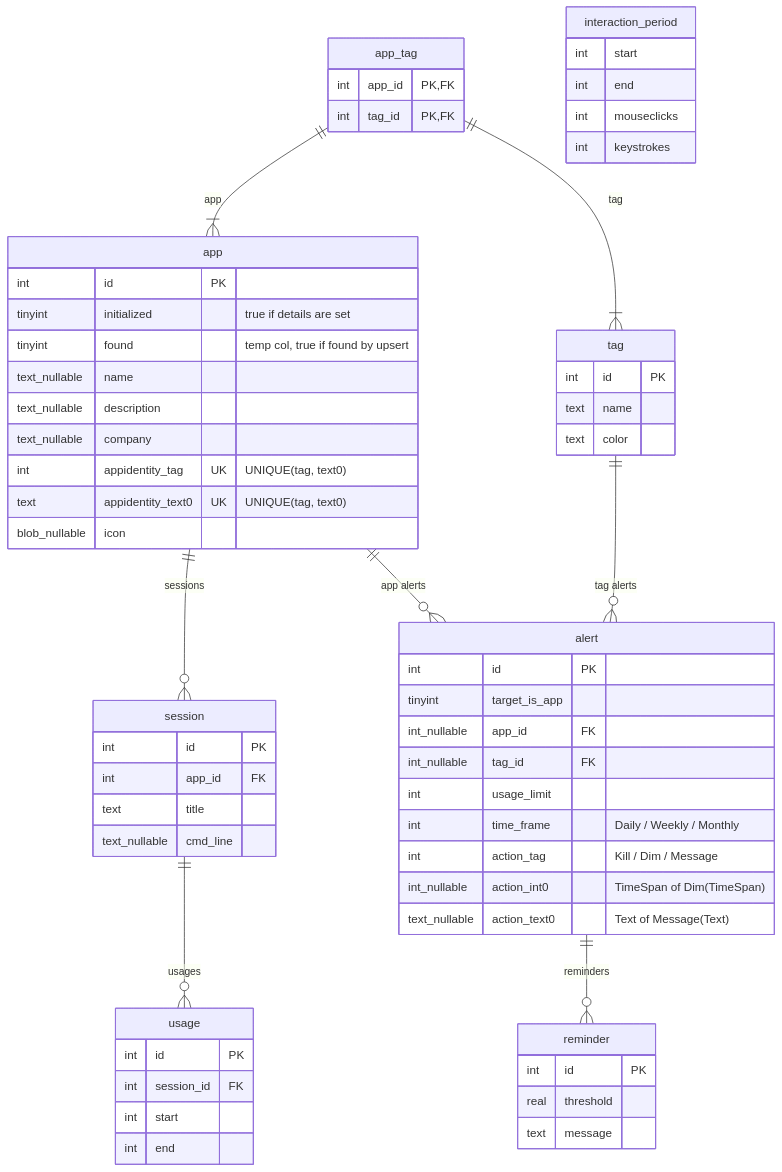
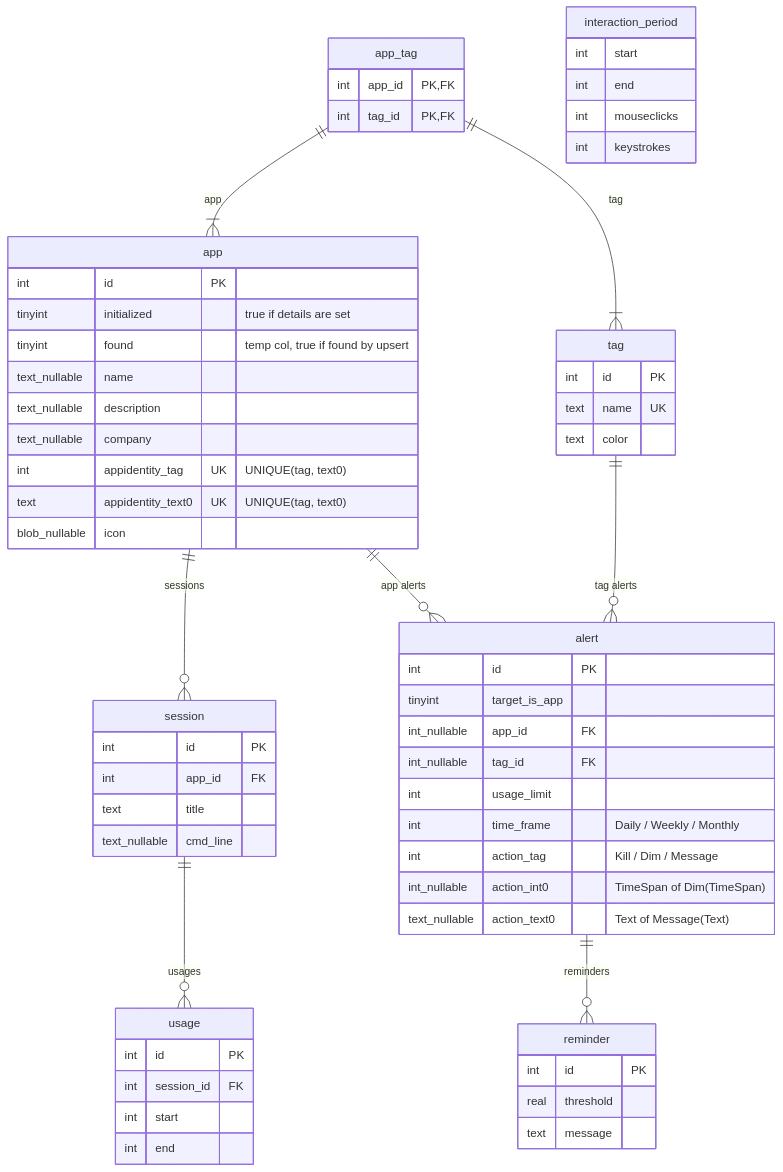
One commit to Enigmatrix/Cobalt changed the diagram in ARCHITECTURE.md. Above: the diagram before and after it, drawn with Mermaid.

Commit message:
feat(doc): make tag name unique in er diagram

````diff
--- a/ARCHITECTURE.md
+++ b/ARCHITECTURE.md
@@ -5,72 +5,72 @@
 ```mermaid
 erDiagram
     app {
         int             id PK
         tinyint         initialized "true if details are set"
         tinyint         found   "temp col, true if found by upsert"
         text_nullable   name
         text_nullable   description
         text_nullable   company
         int             appidentity_tag     UK "UNIQUE(tag, text0)"
         text            appidentity_text0   UK "UNIQUE(tag, text0)"
         blob_nullable   icon
     }
 
     tag {
         int             id PK
-        text            name
+        text            name UK
         text            color
     }
 
     app_tag {
         int             app_id PK,FK
         int             tag_id PK,FK
     }
 
     session {
         int             id PK
         int             app_id FK
         text            title
         text_nullable   cmd_line
     }
 
     usage {
         int             id PK
         int             session_id FK
         int             start
         int             end
     }
 
     interaction_period {
         int             start
         int             end
         int             mouseclicks
         int             keystrokes
     }
 
     alert {
         int             id PK
         tinyint         target_is_app
         int_nullable    app_id FK
         int_nullable    tag_id FK
         int             usage_limit
         int             time_frame      "Daily / Weekly / Monthly"
         int             action_tag      "Kill / Dim / Message"
         int_nullable    action_int0     "TimeSpan of Dim(TimeSpan)"
         text_nullable   action_text0    "Text of Message(Text)"
     }
 
     reminder {
         int             id PK
         real            threshold
         text            message
     }
 
     app ||--o{ session : sessions
     session ||--o{ usage : usages
     app_tag ||--|{ app : app
     app_tag ||--|{ tag : tag
     app ||--o{ alert : "app alerts"
     tag ||--o{ alert : "tag alerts"
     alert ||--o{ reminder : reminders
 ```
````
